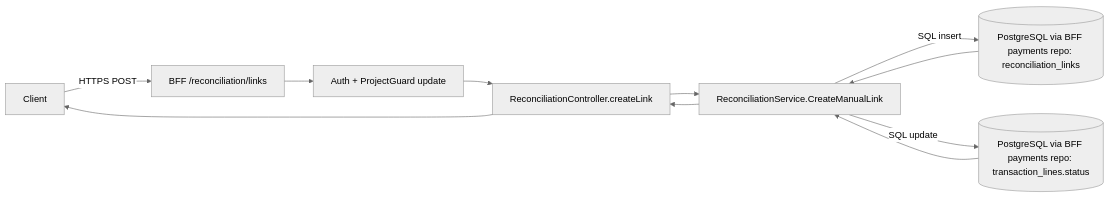
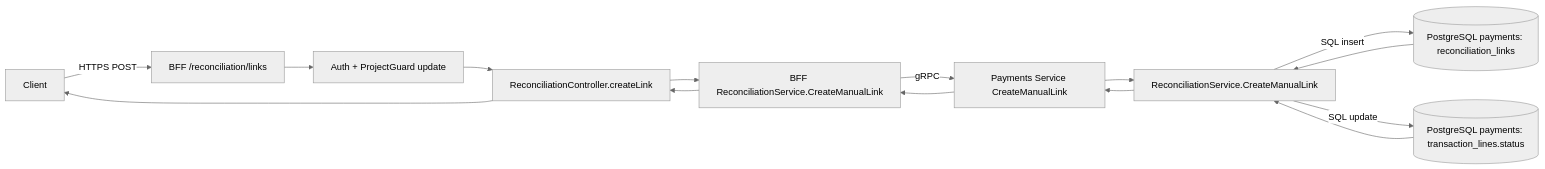
One commit to ralvescosta/costa-financial-assistant changed diagram 20 of 23 in .specify/memory/bff-flows.md. Above: the diagram before and after it, drawn with Mermaid (neutral theme). The commit also changed other lines of this file and 118 other files, not shown here.

````diff
--- a/.specify/memory/bff-flows.md
+++ b/.specify/memory/bff-flows.md
@@ -393,13 +413,14 @@
 ```mermaid
 flowchart LR
     C[Client] -->|HTTPS POST| BFF[BFF /reconciliation/links]
     BFF --> AUTH[Auth + ProjectGuard update]
     AUTH --> RC[ReconciliationController.createLink]
-    RC --> SVC[ReconciliationService.CreateManualLink]
-    SVC -->|SQL insert| LDB[(PostgreSQL via BFF payments repo: reconciliation_links)]
-    SVC -->|SQL update| TDB[(PostgreSQL via BFF payments repo: transaction_lines.status)]
-    LDB --> SVC
-    TDB --> SVC
-    SVC --> RC
-    RC --> C
+    RC --> SVC[BFF ReconciliationService.CreateManualLink]
+    SVC -->|gRPC| PAY[Payments Service CreateManualLink]
+    PAY --> RSVC[ReconciliationService.CreateManualLink]
+    RSVC -->|SQL insert| LDB[(PostgreSQL payments: reconciliation_links)]
+    RSVC -->|SQL update| TDB[(PostgreSQL payments: transaction_lines.status)]
+    LDB --> RSVC
+    TDB --> RSVC
+    RSVC --> PAY --> SVC --> RC --> C
 ```
````
